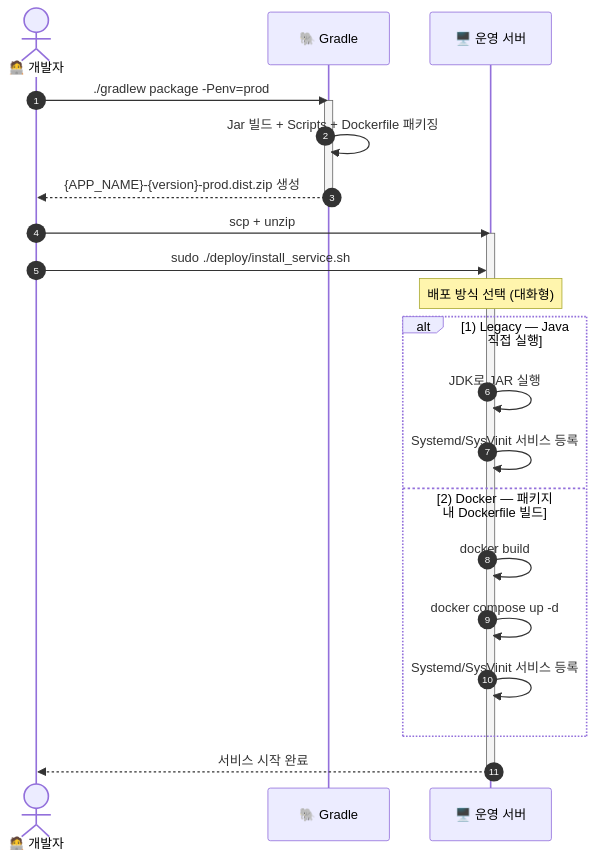
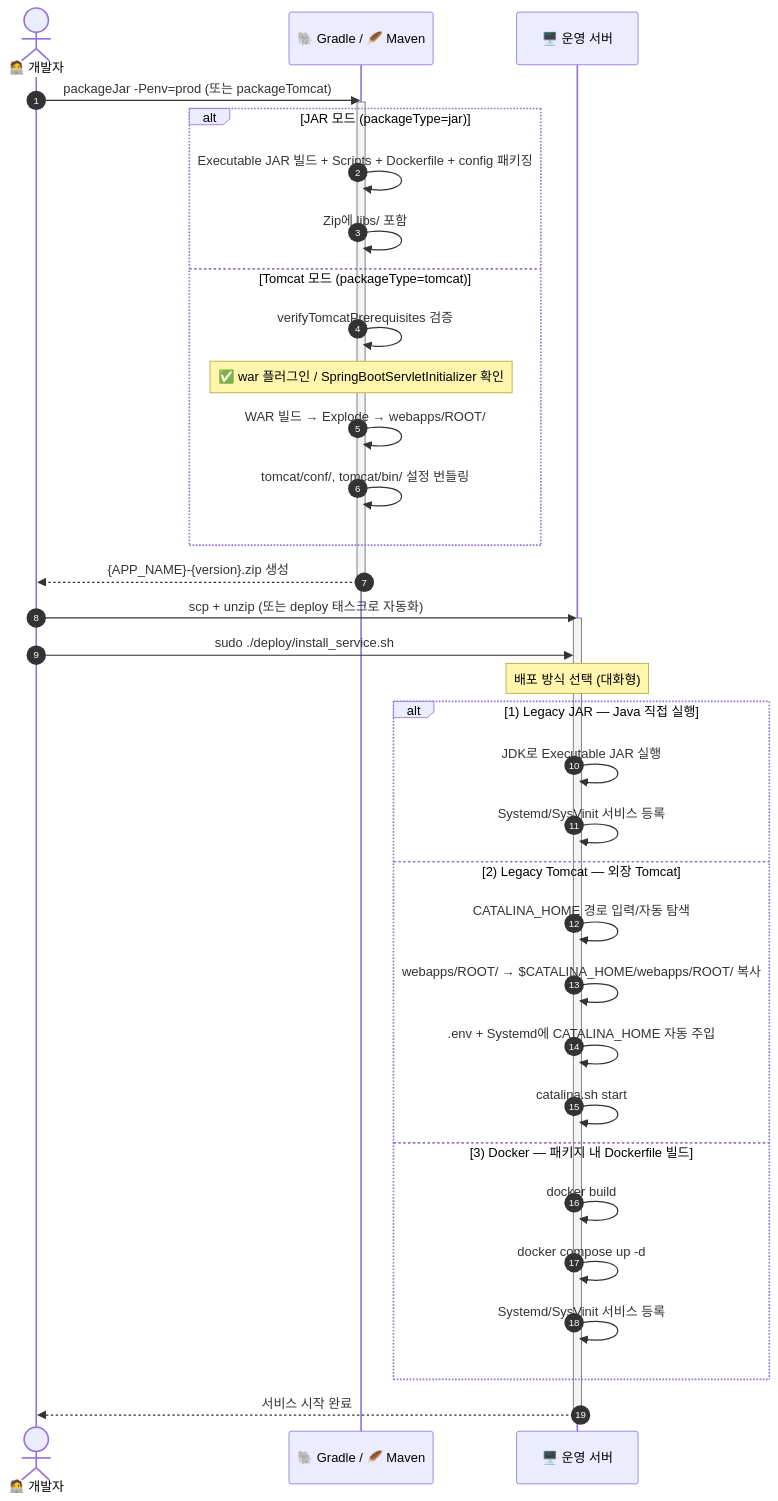
One commit to MJ-Youn/build-template changed the second of 5 diagrams in DEVELOPER_GUIDE.md. Above: the diagram before and after it, drawn with Mermaid. The commit also changed other lines of this file and 4 other files, not shown here.

````diff
--- a/DEVELOPER_GUIDE.md
+++ b/DEVELOPER_GUIDE.md
@@ -234,31 +392,46 @@
 ```mermaid
 sequenceDiagram
     autonumber
     actor Dev as 🧑‍💻 개발자
-    participant Gradle as 🐘 Gradle
+    participant Tool as 🐘 Gradle / 🪶 Maven
     participant Server as 🖥️ 운영 서버
 
-    Dev->>Gradle: ./gradlew package -Penv=prod
-    activate Gradle
-    Gradle->>Gradle: Jar 빌드 + Scripts + Dockerfile 패키징
-    Gradle-->>Dev: {APP_NAME}-{version}-prod.dist.zip 생성
-    deactivate Gradle
+    Dev->>Tool: packageJar -Penv=prod (또는 packageTomcat)
+    activate Tool
 
-    Dev->>Server: scp + unzip
+    alt JAR 모드 (packageType=jar)
+        Tool->>Tool: Executable JAR 빌드 + Scripts + Dockerfile + config 패키징
+        Tool->>Tool: Zip에 libs/ 포함
+    else Tomcat 모드 (packageType=tomcat)
+        Tool->>Tool: verifyTomcatPrerequisites 검증
+        Note over Tool: ✅ war 플러그인 / SpringBootServletInitializer 확인
+        Tool->>Tool: WAR 빌드 → Explode → webapps/ROOT/
+        Tool->>Tool: tomcat/conf/, tomcat/bin/ 설정 번들링
+    end
+
+    Tool-->>Dev: {APP_NAME}-{version}.zip 생성
+    deactivate Tool
+
+    Dev->>Server: scp + unzip (또는 deploy 태스크로 자동화)
     activate Server
     Dev->>Server: sudo ./deploy/install_service.sh
 
     Note over Server: 배포 방식 선택 (대화형)
 
-    alt 1) Legacy — Java 직접 실행
-        Server->>Server: JDK로 JAR 실행
+    alt 1) Legacy JAR — Java 직접 실행
+        Server->>Server: JDK로 Executable JAR 실행
         Server->>Server: Systemd/SysVinit 서비스 등록
-    else 2) Docker — 패키지 내 Dockerfile 빌드
+    else 2) Legacy Tomcat — 외장 Tomcat
+        Server->>Server: CATALINA_HOME 경로 입력/자동 탐색
+        Server->>Server: webapps/ROOT/ → $CATALINA_HOME/webapps/ROOT/ 복사
+        Server->>Server: .env + Systemd에 CATALINA_HOME 자동 주입
+        Server->>Server: catalina.sh start
+    else 3) Docker — 패키지 내 Dockerfile 빌드
         Server->>Server: docker build
         Server->>Server: docker compose up -d
         Server->>Server: Systemd/SysVinit 서비스 등록
     end
 
     Server-->>Dev: 서비스 시작 완료
     deactivate Server
 ```
````
